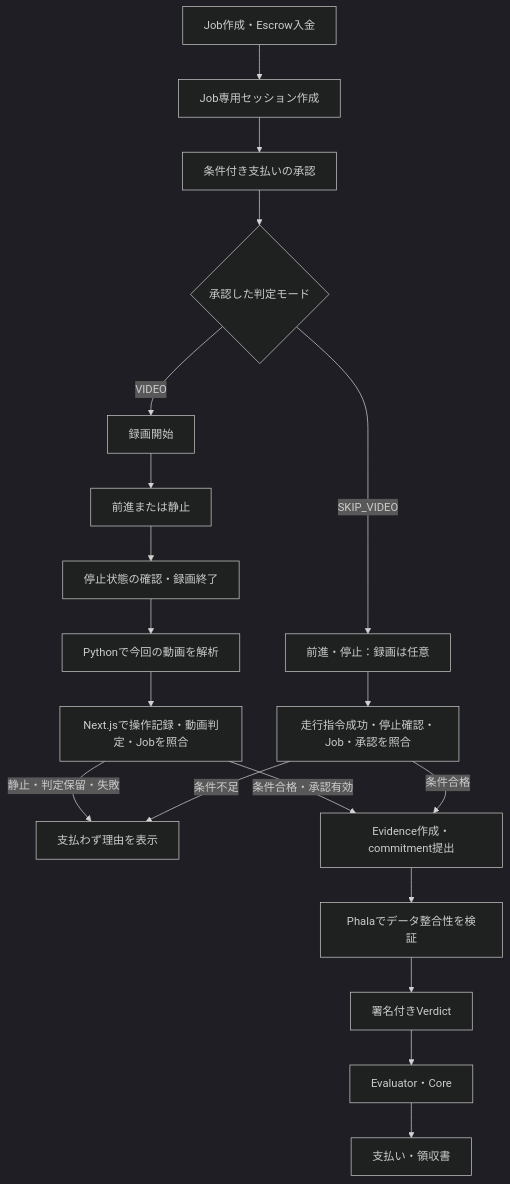
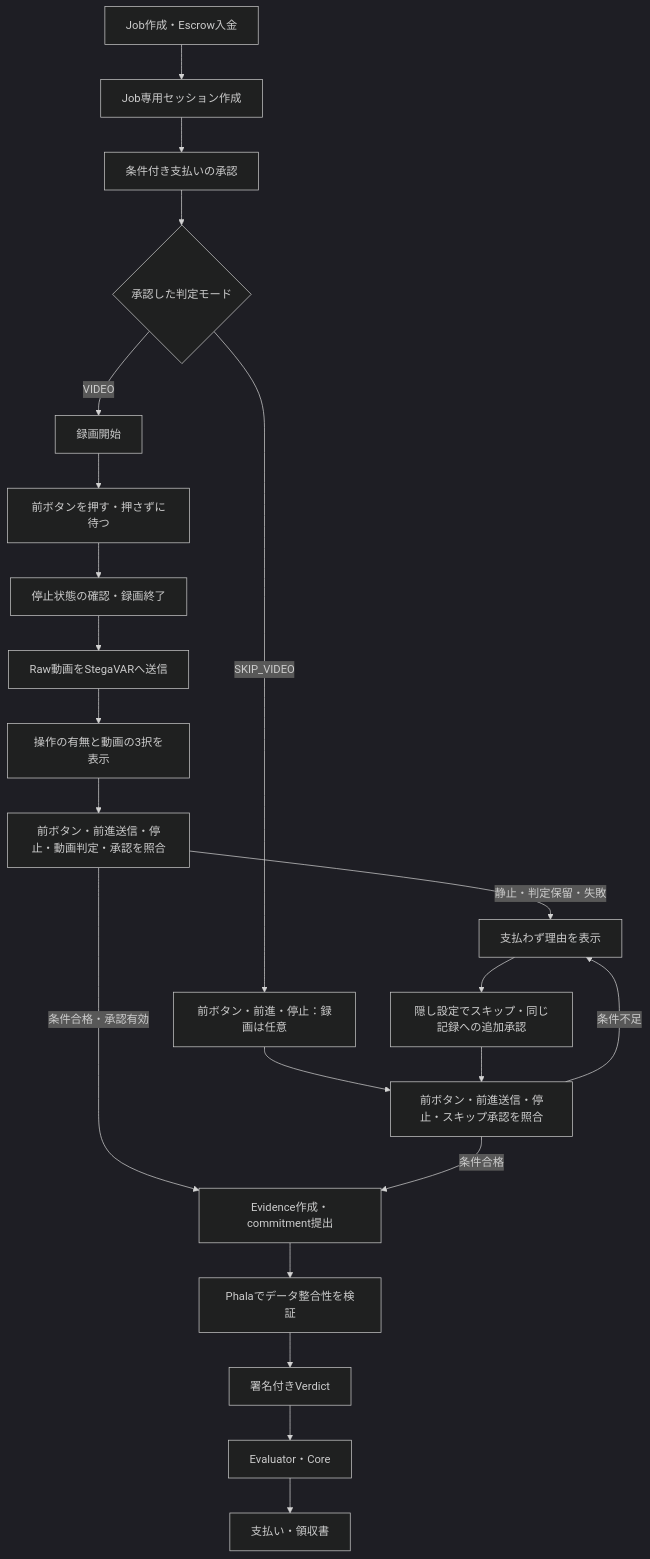
The fourth of 4 diagrams in app_Verifiable_Blackbox/docs/ARCHITECTURE.md (Jun0908/Verifiable_Blackbox), drawn with Mermaid (dark theme) before and after one commit. The commit also changed other lines of this file and 7 other files, not shown here.

Commit message:
feat: add owner-signed video skip approvals for stopped Rover sessions

````diff
--- a/app_Verifiable_Blackbox/docs/ARCHITECTURE.md
+++ b/app_Verifiable_Blackbox/docs/ARCHITECTURE.md
@@ -501,21 +510,24 @@
 ```mermaid
 flowchart TD
     Job[Job作成・Escrow入金] --> Session[Job専用セッション作成]
     Session --> Approval[条件付き支払いの承認]
     Approval --> Mode{承認した判定モード}
     Mode -->|VIDEO| Recording[録画開始]
-    Recording --> Action[前進または静止]
+    Recording --> Action[前ボタンを押す・押さずに待つ]
     Action --> Stop[停止状態の確認・録画終了]
-    Stop --> Analysis[Pythonで今回の動画を解析]
-    Analysis --> Gate[Next.jsで操作記録・動画判定・Jobを照合]
+    Stop --> Analysis[Raw動画をStegaVARへ送信]
+    Analysis --> Result[操作の有無と動画の3択を表示]
+    Result --> Gate[前ボタン・前進送信・停止・動画判定・承認を照合]
     Gate -->|静止・判定保留・失敗| Block[支払わず理由を表示]
     Gate -->|条件合格・承認有効| Evidence[Evidence作成・commitment提出]
-    Mode -->|SKIP_VIDEO| SkipAction[前進・停止：録画は任意]
-    SkipAction --> SkipGate[走行指令成功・停止確認・Job・承認を照合]
+    Mode -->|SKIP_VIDEO| SkipAction[前ボタン・前進・停止：録画は任意]
+    SkipAction --> SkipGate[前ボタン・前進送信・停止・スキップ承認を照合]
+    Block --> Hidden[隠し設定でスキップ・同じ記録への追加承認]
+    Hidden --> SkipGate
     SkipGate -->|条件不足| Block
     SkipGate -->|条件合格| Evidence
     Evidence --> Phala[Phalaでデータ整合性を検証]
     Phala --> Verdict[署名付きVerdict]
     Verdict --> Settlement[Evaluator・Core]
     Settlement --> Receipt[支払い・領収書]
 ```
````
